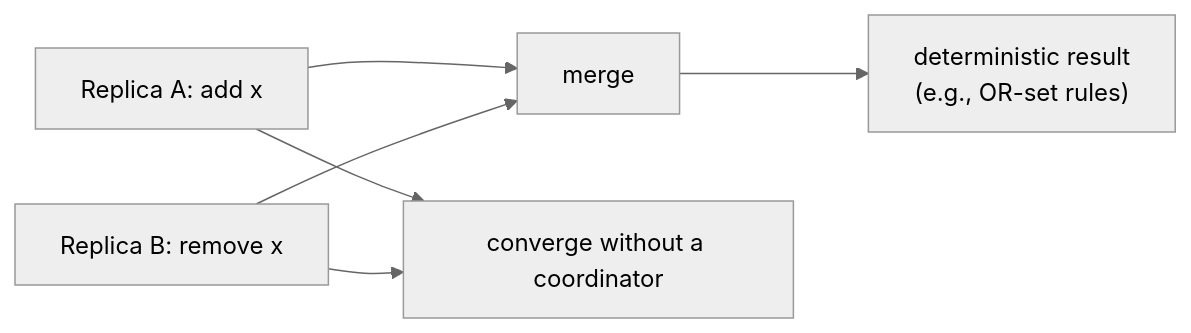
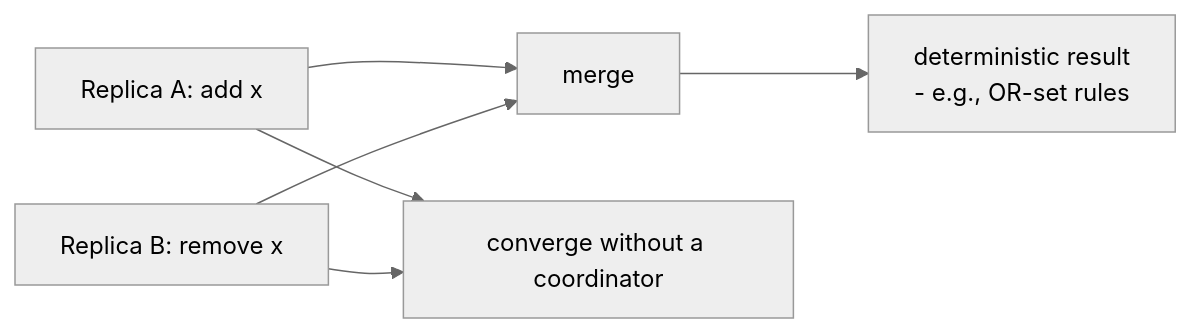
Before and after one commit to RIT-MESH/system-design-mastery: the first of 2 diagrams in docs/04-distributed-systems/06-crdts-snapshots.md, drawn with Mermaid (neutral theme). The commit also changed 139 other files, not shown here.

First line of the commit message:
Fix Mermaid parse errors: replace parentheses in node labels across 140 files

````diff
--- a/docs/04-distributed-systems/06-crdts-snapshots.md
+++ b/docs/04-distributed-systems/06-crdts-snapshots.md
@@ -19,8 +19,8 @@
 ```mermaid
 %% created-for: system-design-mastery
 flowchart LR
   A["Replica A: add x"] --> M["merge"]
   B["Replica B: remove x"] --> M
-  M --> C["deterministic result<br/>(e.g., OR-set rules)"]
+  M --> C["deterministic result<br/> - e.g., OR-set rules"]
   A & B --> D["converge without a coordinator"]
 ```
````
